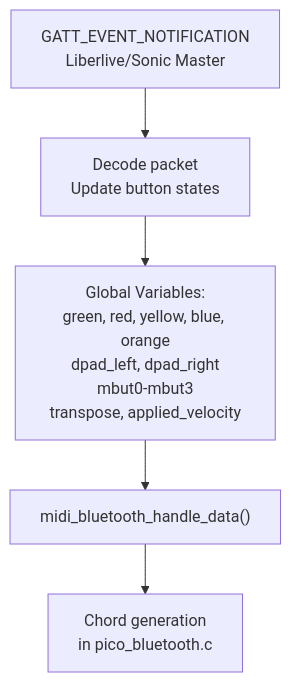
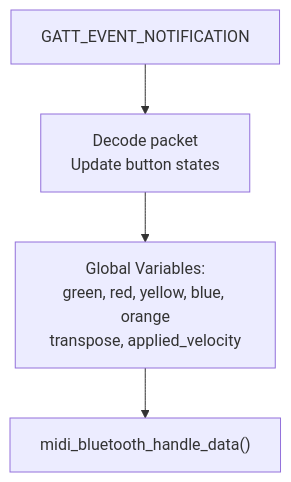
One commit to Jus-Be/orinayo-pico changed the eighth of 8 diagrams in wiki/4.5-specialized-midi-devices.md. Above: the diagram before and after it, drawn with Mermaid. The commit also changed other lines of this file and 42 other files, not shown here.

````diff
--- a/wiki/4.5-specialized-midi-devices.md
+++ b/wiki/4.5-specialized-midi-devices.md
@@ -363,14 +309,12 @@
 ```mermaid
 flowchart TD
 
-Notification["GATT_EVENT_NOTIFICATION<br>Liberlive/Sonic Master"]
+Notification["GATT_EVENT_NOTIFICATION"]
 Decode["Decode packet<br>Update button states"]
-Globals["Global Variables:<br>green, red, yellow, blue, orange<br>dpad_left, dpad_right<br>mbut0-mbut3<br>transpose, applied_velocity"]
+Globals["Global Variables:<br>green, red, yellow, blue, orange<br>transpose, applied_velocity"]
 Process["midi_bluetooth_handle_data()"]
-ChordGen["Chord generation<br>in pico_bluetooth.c"]
 
 Notification --> Decode
 Decode --> Globals
 Globals --> Process
-Process --> ChordGen
 ```
````
